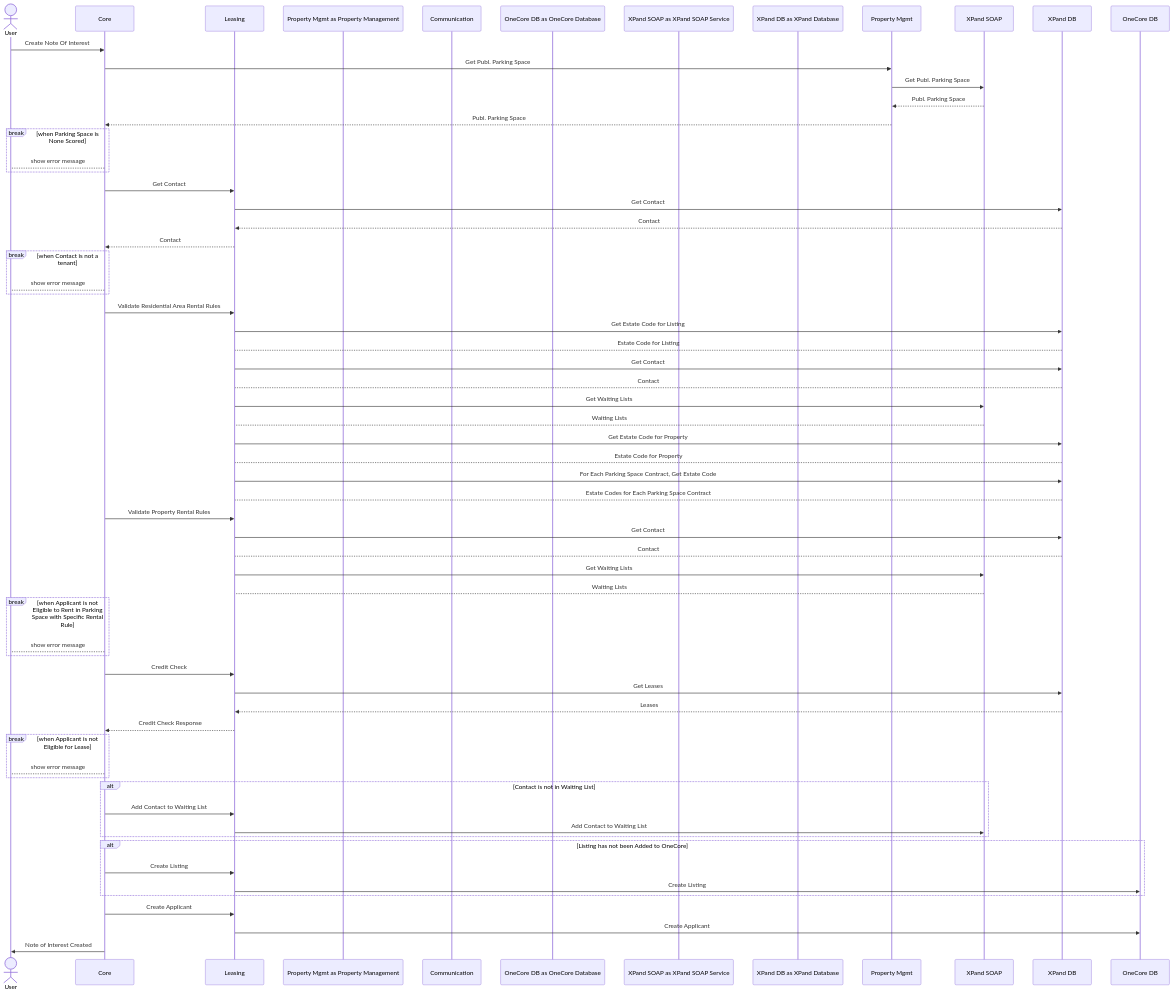
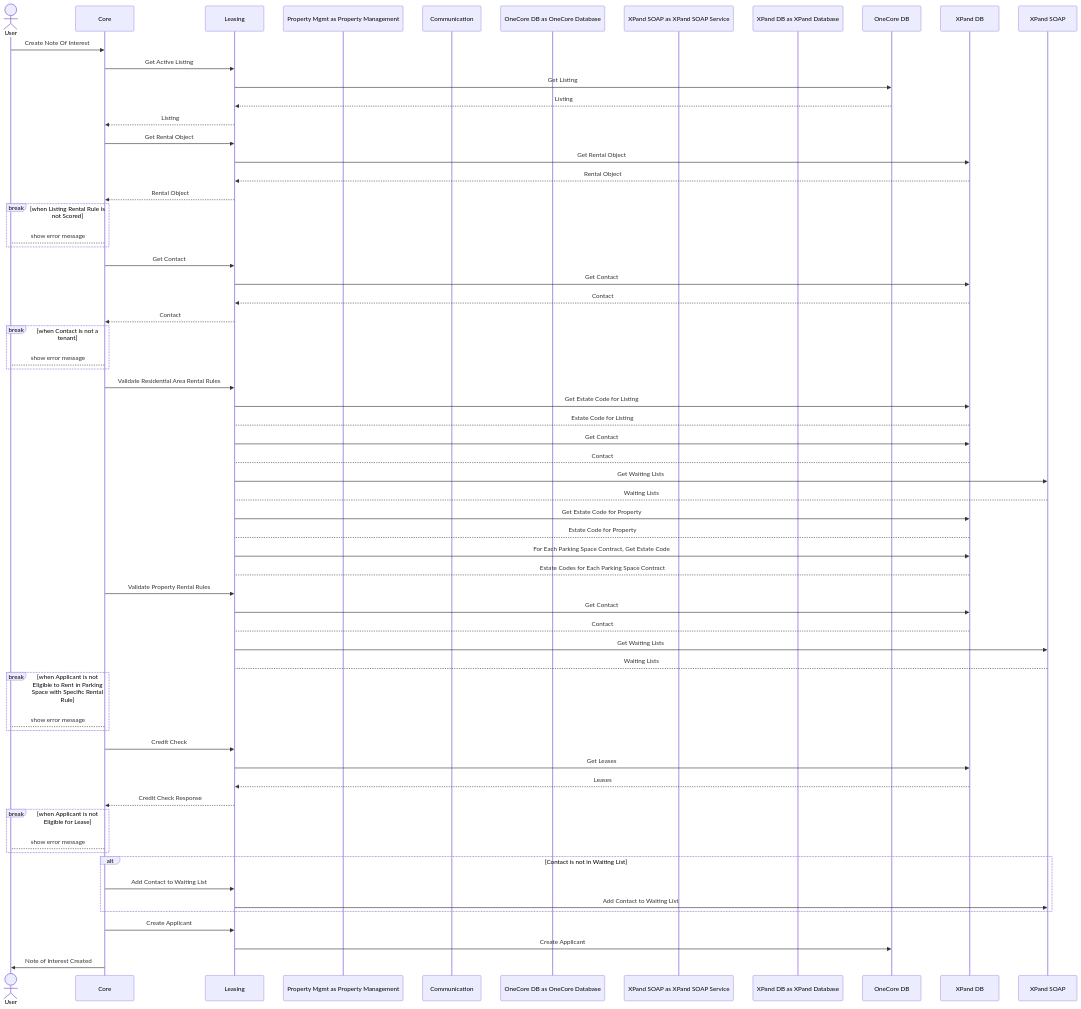
One commit to Bostads-AB-Mimer/onecore changed the second of 2 diagrams in core/src/processes/parkingspaces/internal/DOCS_Create_Note_of_Interest_for_Scored_Parking_Space.md. Above: the diagram before and after it, drawn with Mermaid. The commit also changed other lines of this file, not shown here.

````diff
--- a/core/src/processes/parkingspaces/internal/DOCS_Create_Note_of_Interest_for_Scored_Parking_Space.md
+++ b/core/src/processes/parkingspaces/internal/DOCS_Create_Note_of_Interest_for_Scored_Parking_Space.md
@@ -28,77 +28,76 @@
 ```mermaid
 sequenceDiagram
     #participant System as System
     actor User as User
     participant Core as Core
     participant Leasing as Leasing
     participant Property Mgmt as Property Management
     participant Communication as Communication
     participant OneCore DB as OneCore Database
     participant XPand SOAP as XPand SOAP Service
     participant XPand DB as XPand Database
 
     User ->> Core: Create Note Of Interest
 
-    Core ->> Property Mgmt: Get Publ. Parking Space
-    Property Mgmt ->> XPand SOAP: Get Publ. Parking Space
-    XPand SOAP -->> Property Mgmt:Publ. Parking Space
-    Property Mgmt -->> Core: Publ. Parking Space
-    break when Parking Space is None Scored
+    Core ->> Leasing: Get Active Listing
+    Leasing ->> OneCore DB: Get Listing
+    OneCore DB -->> Leasing: Listing
+    Leasing -->> Core: Listing
+    Core ->> Leasing: Get Rental Object
+    Leasing ->> XPand DB: Get Rental Object
+    XPand DB -->> Leasing:Rental Object
+    Leasing -->> Core: Rental Object
+    break when Listing Rental Rule is not Scored
         Core-->User: show error message
     end
 
     Core ->> Leasing: Get Contact
     Leasing ->> XPand DB: Get Contact
     XPand DB -->> Leasing:Contact
     Leasing -->> Core: Contact
     break when Contact is not a tenant
         Core-->User: show error message
     end
 
     Core ->> Leasing: Validate Residential Area Rental Rules
     Leasing ->> XPand DB:Get Estate Code for Listing
     XPand DB --> Leasing: Estate Code for Listing
     Leasing ->> XPand DB:Get Contact
     XPand DB --> Leasing: Contact
     Leasing ->> XPand SOAP:Get Waiting Lists
     XPand SOAP --> Leasing: Waiting Lists
     Leasing ->> XPand DB:Get Estate Code for Property
     XPand DB --> Leasing: Estate Code for Property
     Leasing ->> XPand DB:For Each Parking Space Contract, Get Estate Code
     XPand DB --> Leasing: Estate Codes for Each Parking Space Contract
 
     Core ->> Leasing: Validate Property Rental Rules
     Leasing ->> XPand DB:Get Contact
     XPand DB --> Leasing: Contact
     Leasing ->> XPand SOAP:Get Waiting Lists
     XPand SOAP --> Leasing: Waiting Lists
 
     break when Applicant is not Eligible to Rent in Parking Space with Specific Rental Rule
         Core-->User: show error message
     end
 
     Core ->> Leasing: Credit Check
     Leasing ->> XPand DB: Get Leases
     XPand DB -->> Leasing: Leases
     Leasing -->> Core: Credit Check Response
 
     break when Applicant is not Eligible for Lease
         Core-->User: show error message
     end
     alt Contact is not in Waiting List
         Core ->> Leasing: Add Contact to Waiting List
         Leasing ->> XPand SOAP: Add Contact to Waiting List
     end
 
-    alt Listing has not been Added to OneCore
-        Core ->> Leasing: Create Listing
-        Leasing ->> OneCore DB: Create Listing
-    end
-
     Core ->> Leasing: Create Applicant
     Leasing ->> OneCore DB: Create Applicant
 
     Core ->> User: Note of Interest Created
 
 
 ```
````
